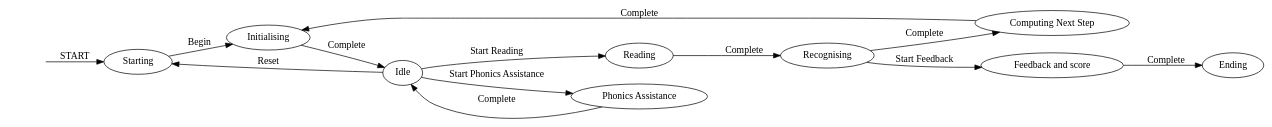
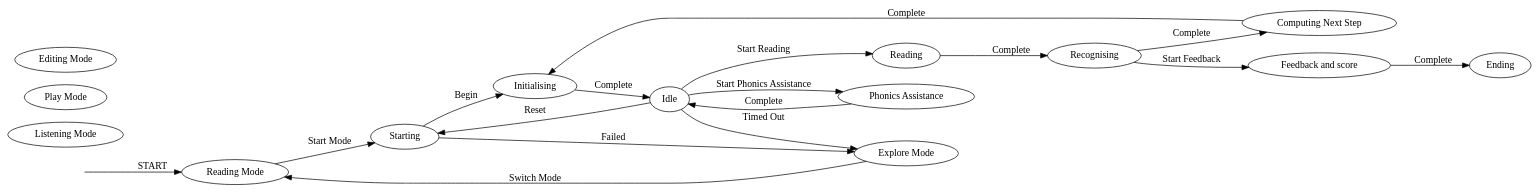
The diagram in SwiftReferenceApp/SwiftReferenceApp/ReadingMode.schema.dot (geoo993/SwiftReferenceApp), drawn with Graphviz before and after one commit. The commit also changed 6 other files, not shown here.

```diff
--- a/SwiftReferenceApp/SwiftReferenceApp/ReadingMode.schema.dot
+++ b/SwiftReferenceApp/SwiftReferenceApp/ReadingMode.schema.dot
@@ -1,28 +1,37 @@
 digraph {
     graph [rankdir=LR]
 
     0 [label="", shape=plaintext]
-    0 -> 1 [label="START"]
+    0 -> 10 [label="START"]
 
     1 [label="Starting"]
     2 [label="Initialising"]
     3 [label="Idle"]
     4 [label="Reading"]
     5 [label="Phonics Assistance"]
     6 [label="Recognising"]
     7 [label="Computing Next Step"]
     8 [label="Feedback and score"]
     9 [label="Ending"]
+    10 [label="Reading Mode"]
+    11 [label="Explore Mode"]
+    12 [label="Listening Mode"]
+    13 [label="Play Mode"]
+    14 [label="Editing Mode"]
 
     1 -> 2 [label="Begin"]
+    1 -> 11 [label="Failed"]
     2 -> 3 [label="Complete"]
     3 -> 4 [label="Start Reading"]
     3 -> 5 [label="Start Phonics Assistance"]
     3 -> 1 [label="Reset"]
+    3 -> 11 [label="Timed Out"]
     4 -> 6 [label="Complete"]
     5 -> 3 [label="Complete"]
     6 -> 7 [label="Complete"]
     6 -> 8 [label="Start Feedback"]
     7 -> 2 [label="Complete"]
     8 -> 9 [label="Complete"]
+    10 -> 1 [label="Start Mode"]
+    11 -> 10 [label="Switch Mode"]
 }
```
